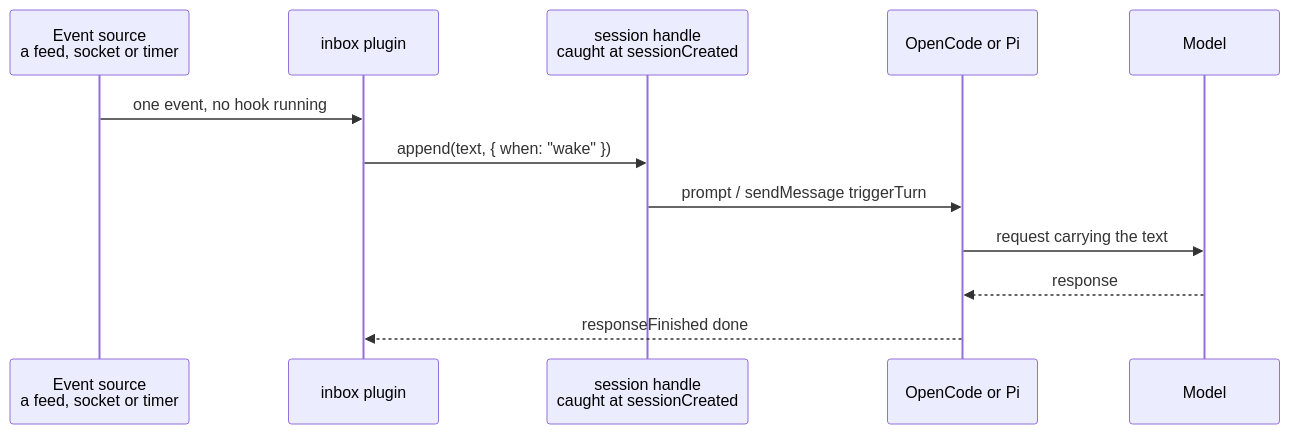
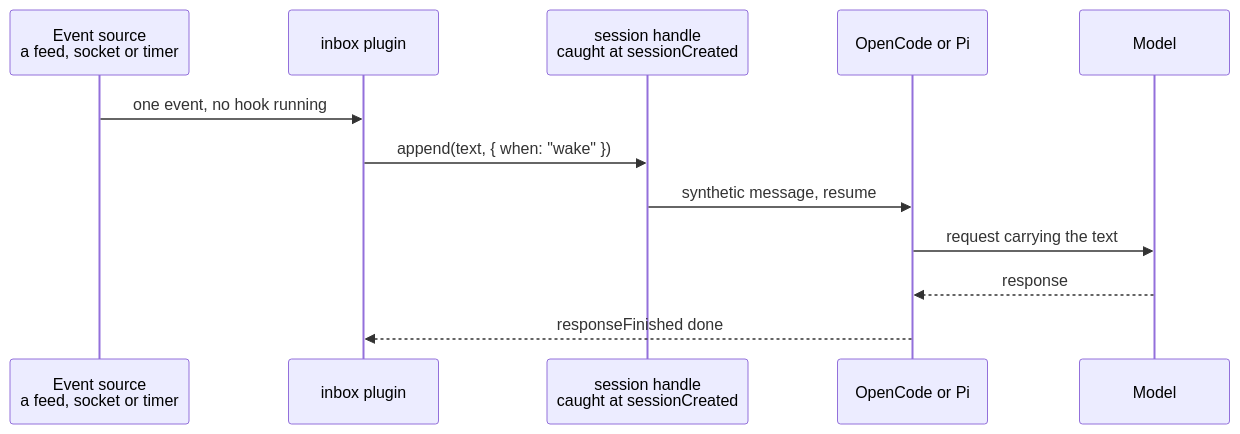
The diagram in docs/plans/slices/t2.md (wrkhse/tack), drawn with Mermaid before and after one commit. The commit also changed other lines of this file, not shown here.

First line of the commit message:
docs(plan): settle T2's semantics in the page: synthetic appends, one-response events, typed outcomes

````diff
--- a/docs/plans/slices/t2.md
+++ b/docs/plans/slices/t2.md
@@ -53,14 +74,14 @@
 ```mermaid
 sequenceDiagram
     participant E as Event source<br/>a feed, socket or timer
     participant P as inbox plugin
     participant H as session handle<br/>caught at sessionCreated
     participant A as OpenCode or Pi
     participant M as Model
     E->>P: one event, no hook running
     P->>H: append(text, { when: "wake" })
-    H->>A: prompt / sendMessage triggerTurn
+    H->>A: synthetic message, resume
     A->>M: request carrying the text
     M-->>A: response
     A-->>P: responseFinished done
 ```
````
